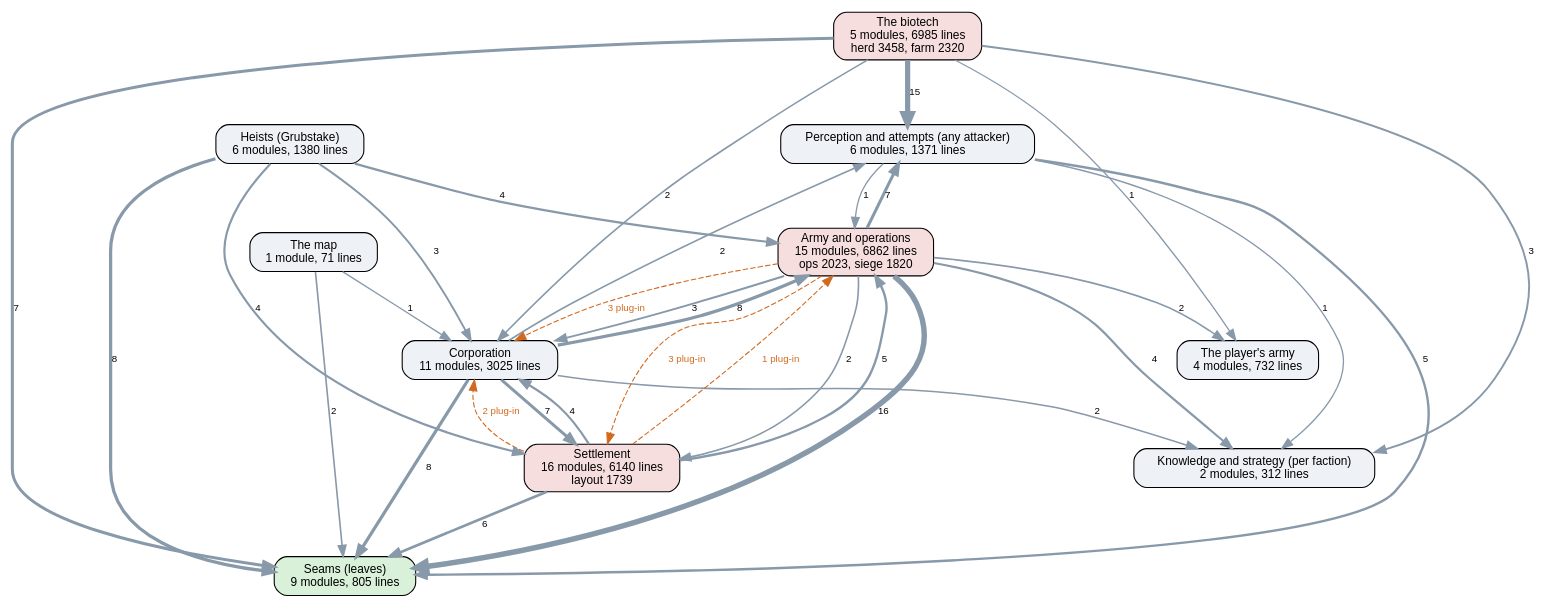
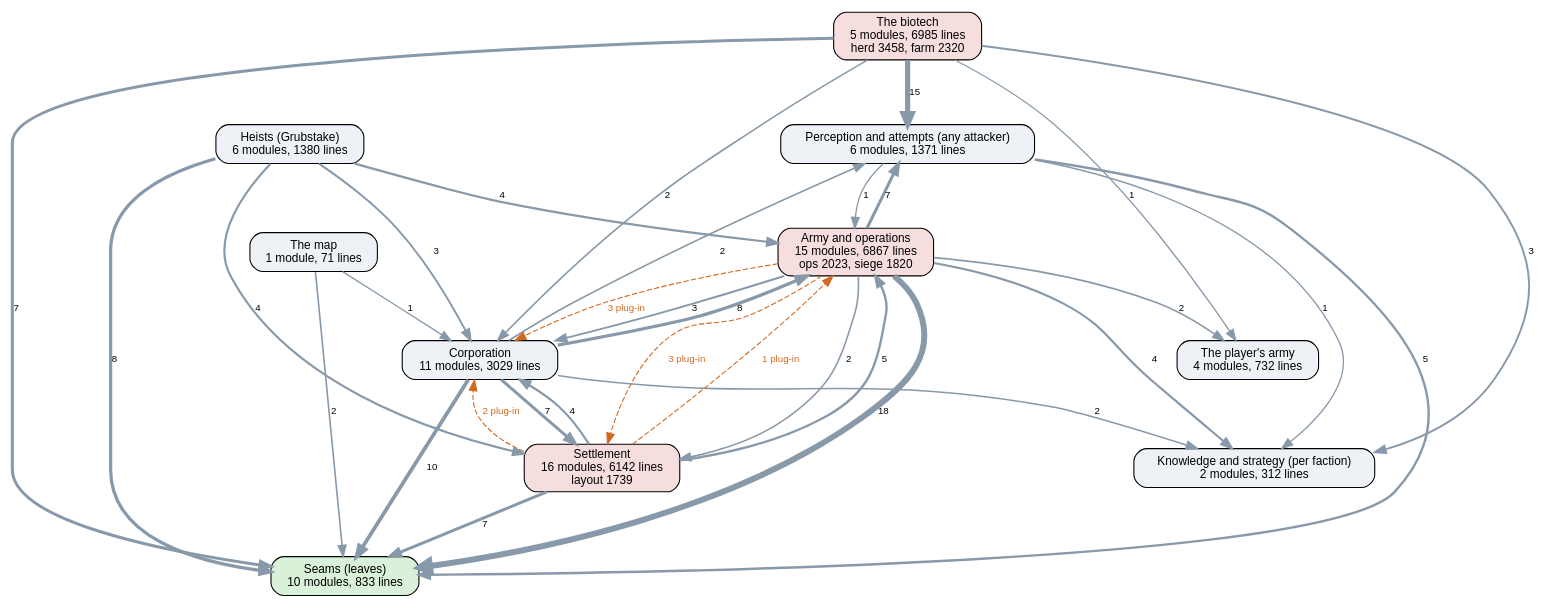
Before and after one commit to kinelhu/landing-party: the diagram in docs/ai-layers.dot, drawn with Graphviz. The commit also changed 33 other files, not shown here.

```diff
--- a/docs/ai-layers.dot
+++ b/docs/ai-layers.dot
@@ -1,47 +1,47 @@
 digraph layers {
   graph [rankdir=TB, fontname="Helvetica", nodesep=0.5, ranksep=0.7];
   node [shape=box, style="rounded,filled", fontname="Helvetica", fontsize=11, fillcolor="#eef2f7"];
   edge [color="#8899aa", fontname="Helvetica", fontsize=9];
-  "Seams (leaves)" [label="Seams (leaves)\n9 modules, 805 lines", fillcolor="#d9f0d9"];
+  "Seams (leaves)" [label="Seams (leaves)\n10 modules, 833 lines", fillcolor="#d9f0d9"];
   "Perception and attempts (any attacker)" [label="Perception and attempts (any attacker)\n6 modules, 1371 lines", fillcolor="#eef2f7"];
   "Knowledge and strategy (per faction)" [label="Knowledge and strategy (per faction)\n2 modules, 312 lines", fillcolor="#eef2f7"];
-  "Corporation" [label="Corporation\n11 modules, 3025 lines", fillcolor="#eef2f7"];
-  "Settlement" [label="Settlement\n16 modules, 6140 lines\nlayout 1739", fillcolor="#f7dede"];
-  "Army and operations" [label="Army and operations\n15 modules, 6862 lines\nops 2023, siege 1820", fillcolor="#f7dede"];
+  "Corporation" [label="Corporation\n11 modules, 3029 lines", fillcolor="#eef2f7"];
+  "Settlement" [label="Settlement\n16 modules, 6142 lines\nlayout 1739", fillcolor="#f7dede"];
+  "Army and operations" [label="Army and operations\n15 modules, 6867 lines\nops 2023, siege 1820", fillcolor="#f7dede"];
   "Heists (Grubstake)" [label="Heists (Grubstake)\n6 modules, 1380 lines", fillcolor="#eef2f7"];
   "The biotech" [label="The biotech\n5 modules, 6985 lines\nherd 3458, farm 2320", fillcolor="#f7dede"];
   "The map" [label="The map\n1 module, 71 lines", fillcolor="#eef2f7"];
   "The player's army" [label="The player's army\n4 modules, 732 lines", fillcolor="#eef2f7"];
   "Army and operations" -> "Corporation" [label="3", penwidth=1.8];
   "Army and operations" -> "Knowledge and strategy (per faction)" [label="4", penwidth=2.0];
   "Army and operations" -> "Perception and attempts (any attacker)" [label="7", penwidth=2.8];
-  "Army and operations" -> "Seams (leaves)" [label="16", penwidth=5.0];
+  "Army and operations" -> "Seams (leaves)" [label="18", penwidth=5.5];
   "Army and operations" -> "Settlement" [label="2", penwidth=1.5];
   "Army and operations" -> "The player's army" [label="2", penwidth=1.5];
   "Corporation" -> "Army and operations" [label="8", penwidth=3.0];
   "Corporation" -> "Knowledge and strategy (per faction)" [label="2", penwidth=1.5];
   "Corporation" -> "Perception and attempts (any attacker)" [label="2", penwidth=1.5];
-  "Corporation" -> "Seams (leaves)" [label="8", penwidth=3.0];
+  "Corporation" -> "Seams (leaves)" [label="10", penwidth=3.5];
   "Corporation" -> "Settlement" [label="7", penwidth=2.8];
   "Heists (Grubstake)" -> "Army and operations" [label="4", penwidth=2.0];
   "Heists (Grubstake)" -> "Corporation" [label="3", penwidth=1.8];
   "Heists (Grubstake)" -> "Seams (leaves)" [label="8", penwidth=3.0];
   "Heists (Grubstake)" -> "Settlement" [label="4", penwidth=2.0];
   "Perception and attempts (any attacker)" -> "Army and operations" [label="1", penwidth=1.2];
   "Perception and attempts (any attacker)" -> "Knowledge and strategy (per faction)" [label="1", penwidth=1.2];
   "Perception and attempts (any attacker)" -> "Seams (leaves)" [label="5", penwidth=2.2];
   "Settlement" -> "Army and operations" [label="5", penwidth=2.2];
   "Settlement" -> "Corporation" [label="4", penwidth=2.0];
-  "Settlement" -> "Seams (leaves)" [label="6", penwidth=2.5];
+  "Settlement" -> "Seams (leaves)" [label="7", penwidth=2.8];
   "The biotech" -> "Corporation" [label="2", penwidth=1.5];
   "The biotech" -> "Knowledge and strategy (per faction)" [label="3", penwidth=1.8];
   "The biotech" -> "Perception and attempts (any attacker)" [label="15", penwidth=4.8];
   "The biotech" -> "Seams (leaves)" [label="7", penwidth=2.8];
   "The biotech" -> "The player's army" [label="1", penwidth=1.2];
   "The map" -> "Corporation" [label="1", penwidth=1.2];
   "The map" -> "Seams (leaves)" [label="2", penwidth=1.5];
   "Army and operations" -> "Corporation" [style=dashed, color="#d2691e", fontcolor="#d2691e", label="3 plug-in"];
   "Army and operations" -> "Settlement" [style=dashed, color="#d2691e", fontcolor="#d2691e", label="3 plug-in"];
   "Settlement" -> "Army and operations" [style=dashed, color="#d2691e", fontcolor="#d2691e", label="1 plug-in"];
   "Settlement" -> "Corporation" [style=dashed, color="#d2691e", fontcolor="#d2691e", label="2 plug-in"];
 }
```
